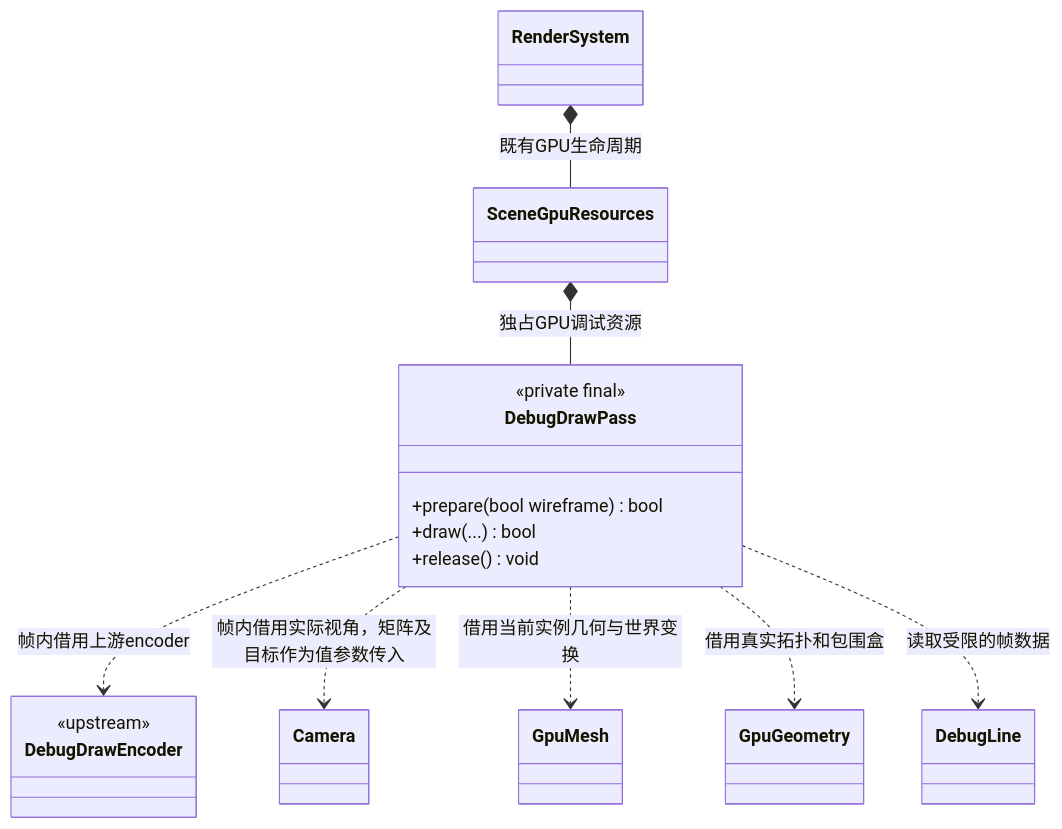
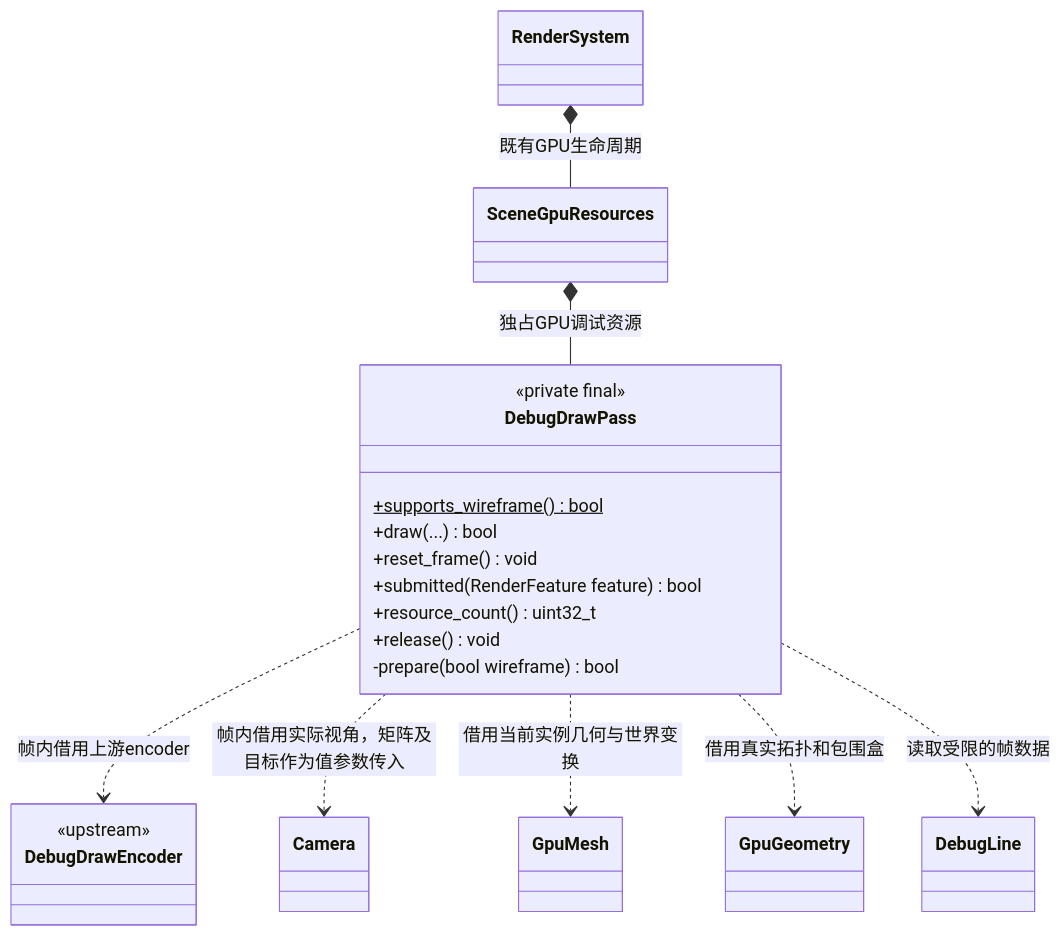
Before and after one commit to lcals/Engine: the second of 2 diagrams in docs/runtime/class-diagrams/render-feature-controls.md, drawn with Mermaid. The commit also changed other lines of this file and 222 other files, not shown here.

Commit message:
Consolidate editor asset imports and align architecture documentation

````diff
--- a/docs/runtime/class-diagrams/render-feature-controls.md
+++ b/docs/runtime/class-diagrams/render-feature-controls.md
@@ -116,25 +105,29 @@
 ```mermaid
 classDiagram
     class RenderSystem
     class SceneGpuResources
     class DebugDrawPass {
         <<private final>>
-        +prepare(bool wireframe) bool
+        +supports_wireframe() bool$
         +draw(...) bool
+        +reset_frame() void
+        +submitted(RenderFeature feature) bool
+        +resource_count() uint32_t
         +release() void
+        -prepare(bool wireframe) bool
     }
     class GpuGeometry
     class GpuMesh
     class Camera
     class DebugDrawEncoder {
         <<upstream>>
     }
     class DebugLine
     RenderSystem *-- SceneGpuResources : 既有GPU生命周期
     SceneGpuResources *-- DebugDrawPass : 独占GPU调试资源
     DebugDrawPass ..> DebugDrawEncoder : 帧内借用上游encoder
     DebugDrawPass ..> Camera : 帧内借用实际视角，矩阵及目标作为值参数传入
     DebugDrawPass ..> GpuMesh : 借用当前实例几何与世界变换
     DebugDrawPass ..> GpuGeometry : 借用真实拓扑和包围盒
     DebugDrawPass ..> DebugLine : 读取受限的帧数据
 ```
````
